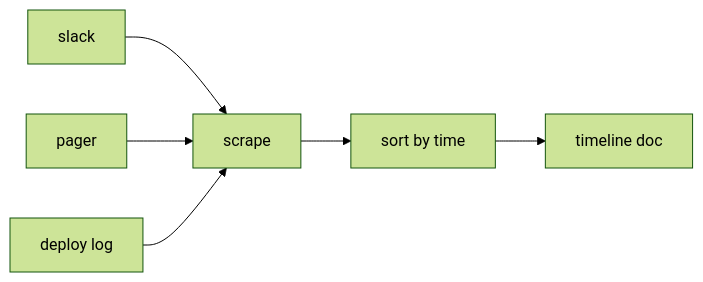
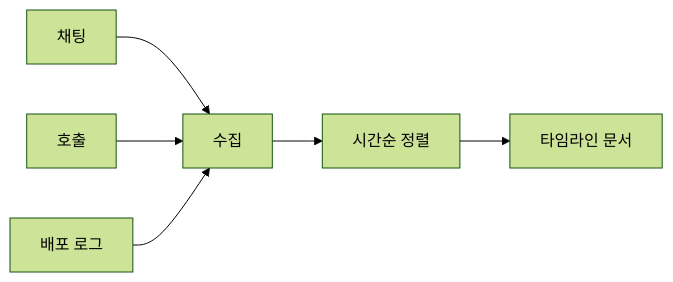
Before and after one commit to yeongseon-books/book-content: the diagram in content/incident-response-101/ko/05-timeline.md, drawn with Mermaid (forest theme). The commit also changed other lines of this file and 9 other files, not shown here.

````diff
--- a/content/incident-response-101/ko/05-timeline.md
+++ b/content/incident-response-101/ko/05-timeline.md
@@ -33,8 +49,8 @@
 ```mermaid
 flowchart LR
-    Slack["slack"] --> Scrape["scrape"]
-    Pager["pager"] --> Scrape
-    Deploy["deploy log"] --> Scrape
-    Scrape --> Sort["sort by time"]
-    Sort --> Doc["timeline doc"]
+    Slack["채팅"] --> Scrape["수집"]
+    Pager["호출"] --> Scrape
+    Deploy["배포 로그"] --> Scrape
+    Scrape --> Sort["시간순 정렬"]
+    Sort --> Doc["타임라인 문서"]
 ```
````
